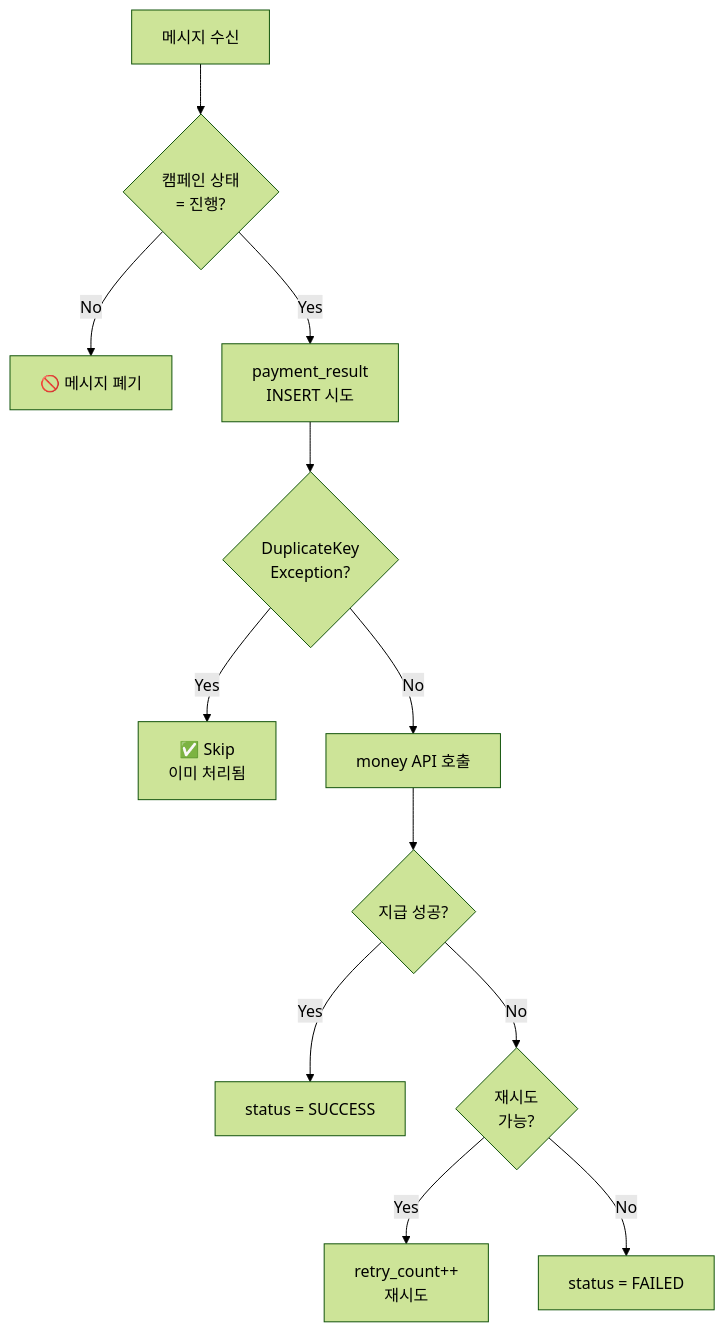
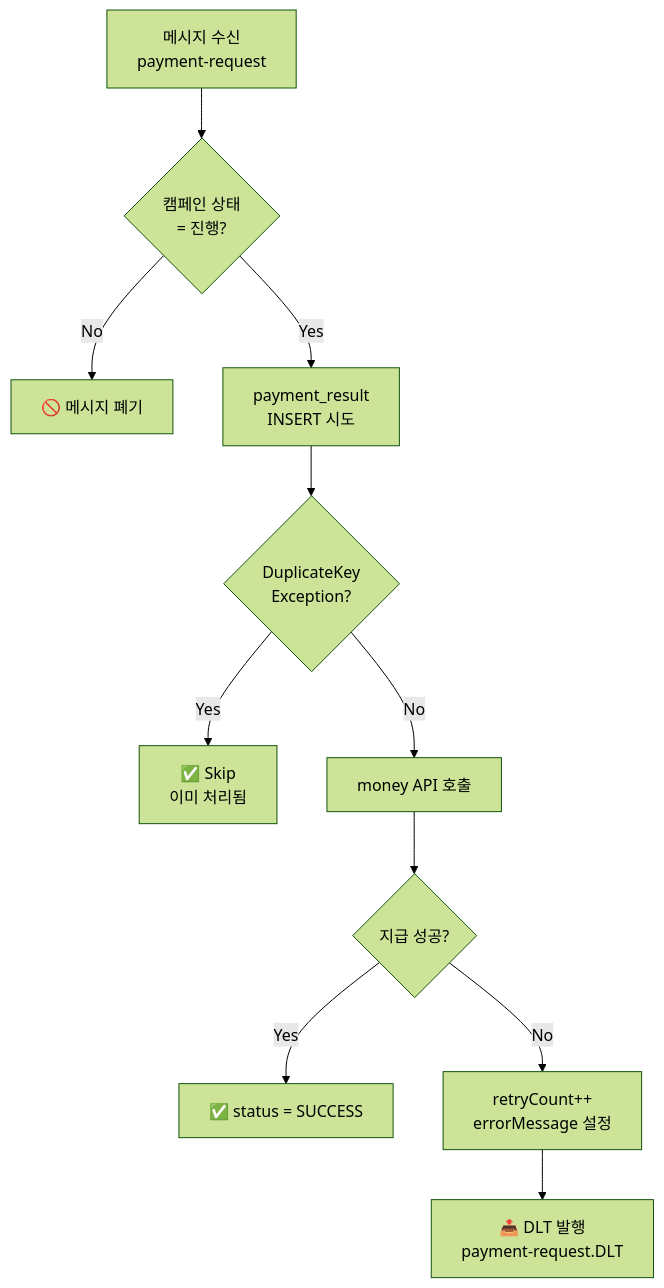
The fourth of 8 diagrams in 1. Project/2026_MP_대량 포인트 지급 시스템/02_Architecture.md (JiYoonKimjimmy/obsidian-vault), drawn with Mermaid (forest theme) before and after one commit. The commit also changed other lines of this file, not shown here.

````diff
--- a/1. Project/2026_MP_대량 포인트 지급 시스템/02_Architecture.md
+++ b/1. Project/2026_MP_대량 포인트 지급 시스템/02_Architecture.md
@@ -142,14 +164,13 @@
 ```mermaid
 flowchart TB
-    A[메시지 수신] --> B{캠페인 상태<br/>= 진행?}
+    A[메시지 수신<br/>payment-request] --> B{캠페인 상태<br/>= 진행?}
     B -->|No| C[🚫 메시지 폐기]
     B -->|Yes| D[payment_result<br/>INSERT 시도]
     D --> E{DuplicateKey<br/>Exception?}
     E -->|Yes| F[✅ Skip<br/>이미 처리됨]
     E -->|No| G[money API 호출]
     G --> H{지급 성공?}
-    H -->|Yes| I[status = SUCCESS]
-    H -->|No| J{재시도<br/>가능?}
-    J -->|Yes| K[retry_count++<br/>재시도]
-    J -->|No| L[status = FAILED]
+    H -->|Yes| I[✅ status = SUCCESS]
+    H -->|No| J[retryCount++<br/>errorMessage 설정]
+    J --> K[📤 DLT 발행<br/>payment-request.DLT]
 ```
````
